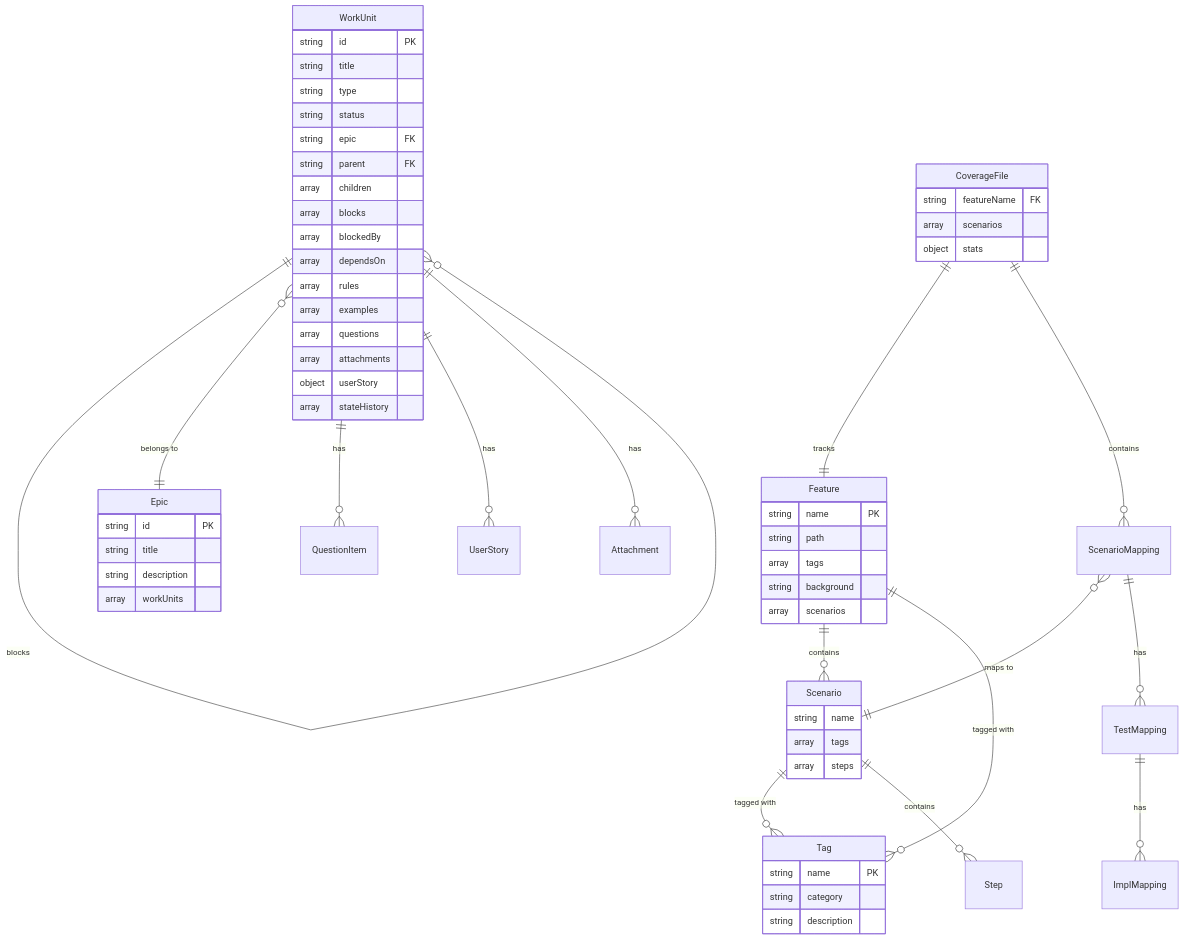
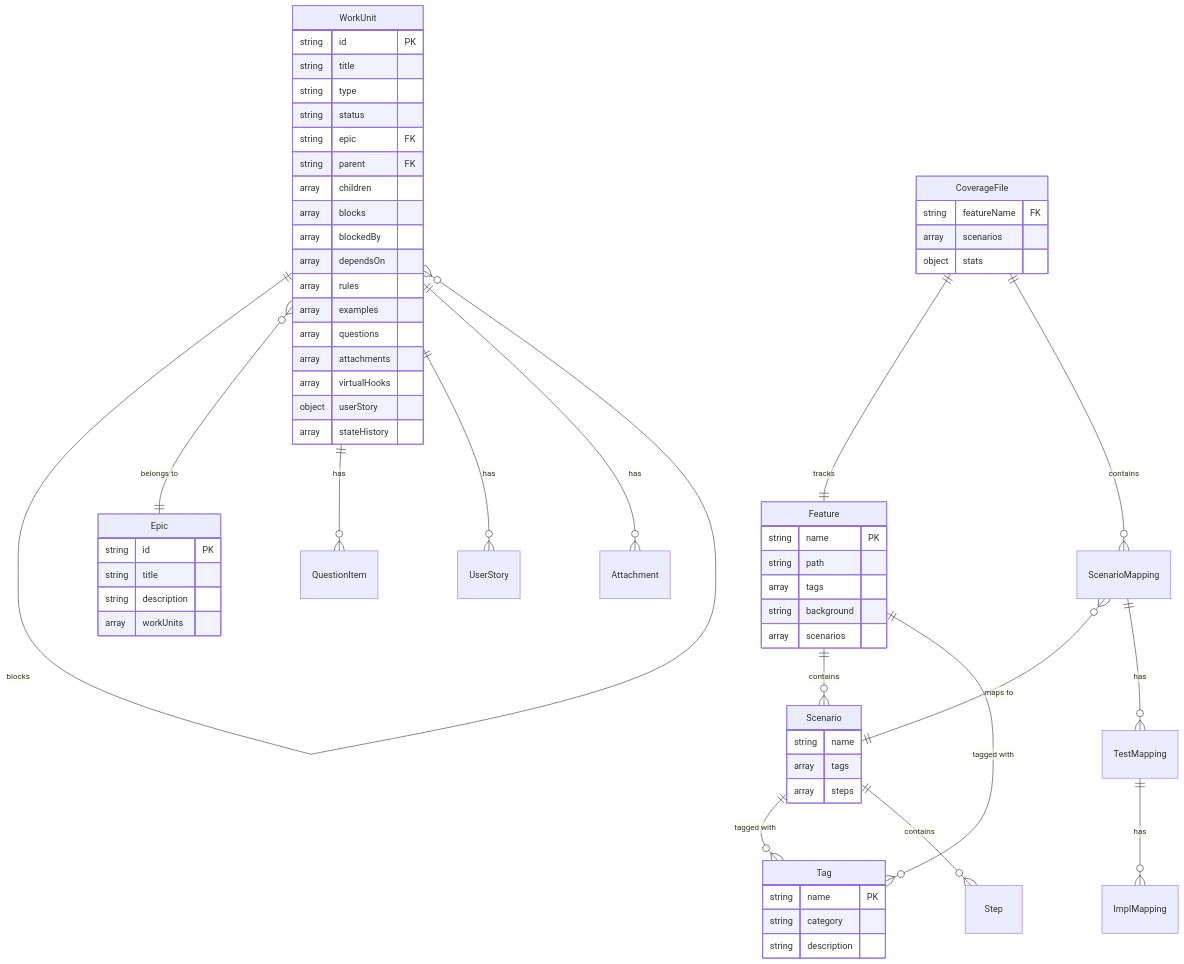
The third of 9 diagrams in spec/FOUNDATION.md (sengac/fspec), drawn with Mermaid before and after one commit. The commit also changed other lines of this file and 71 other files, not shown here.

Commit message:
docs: add comprehensive documentation for virtual hooks feature (HOOK-011)

````diff
--- a/spec/FOUNDATION.md
+++ b/spec/FOUNDATION.md
@@ -169,73 +174,74 @@
 ```mermaid
 erDiagram
     WorkUnit ||--o{ WorkUnit : "parent/children"
     WorkUnit ||--o{ WorkUnit : "depends on"
     WorkUnit ||--o{ WorkUnit : "blocks"
     WorkUnit }o--|| Epic : "belongs to"
     WorkUnit ||--o{ QuestionItem : "has"
     WorkUnit ||--o{ UserStory : "has"
     WorkUnit ||--o{ Attachment : "has"
     
     Feature ||--o{ Scenario : "contains"
     Feature ||--o{ Tag : "tagged with"
     Scenario ||--o{ Tag : "tagged with"
     Scenario ||--o{ Step : "contains"
     
     CoverageFile ||--|| Feature : "tracks"
     CoverageFile ||--o{ ScenarioMapping : "contains"
     ScenarioMapping }o--|| Scenario : "maps to"
     ScenarioMapping ||--o{ TestMapping : "has"
     TestMapping ||--o{ ImplMapping : "has"
     
     WorkUnit {
         string id PK
         string title
         string type
         string status
         string epic FK
         string parent FK
         array children
         array blocks
         array blockedBy
         array dependsOn
         array rules
         array examples
         array questions
         array attachments
+        array virtualHooks
         object userStory
         array stateHistory
     }
     
     Epic {
         string id PK
         string title
         string description
         array workUnits
     }
     
     Feature {
         string name PK
         string path
         array tags
         string background
         array scenarios
     }
     
     Scenario {
         string name
         array tags
         array steps
     }
     
     CoverageFile {
         string featureName FK
         array scenarios
         object stats
     }
     
     Tag {
         string name PK
         string category
         string description
     }
 ```
````
